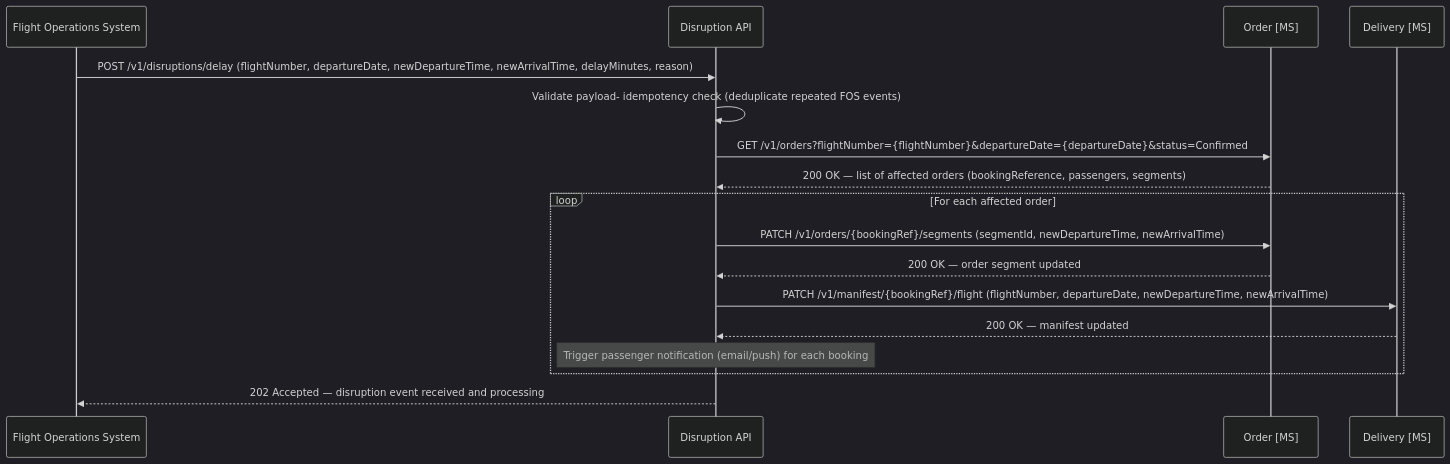
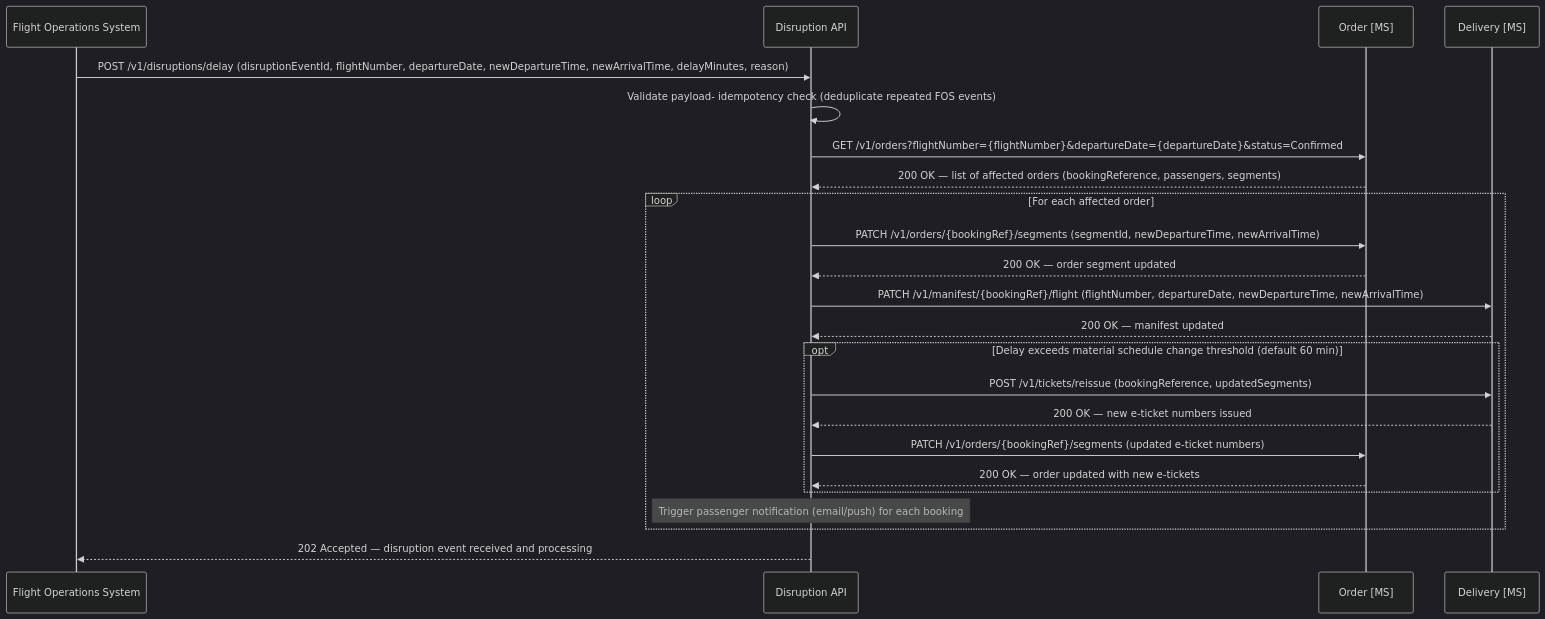
Diagram 12 of 27 in documentation/design.md (sebharvey/airline-reservation-system), drawn with Mermaid (dark theme) before and after one commit. The commit also changed other lines of this file, not shown here.

First line of the commit message:
Review and fix PSS architecture design document

````diff
--- a/documentation/design.md
+++ b/documentation/design.md
@@ -1774,25 +1786,32 @@
 ```mermaid
 sequenceDiagram
     participant FOS as Flight Operations System
     participant DisruptionAPI as Disruption API
     participant OrderMS as Order [MS]
     participant DeliveryMS as Delivery [MS]
 
-    FOS->>DisruptionAPI: POST /v1/disruptions/delay (flightNumber, departureDate, newDepartureTime, newArrivalTime, delayMinutes, reason)
+    FOS->>DisruptionAPI: POST /v1/disruptions/delay (disruptionEventId, flightNumber, departureDate, newDepartureTime, newArrivalTime, delayMinutes, reason)
     DisruptionAPI->>DisruptionAPI: Validate payload- idempotency check (deduplicate repeated FOS events)
 
     DisruptionAPI->>OrderMS: GET /v1/orders?flightNumber={flightNumber}&departureDate={departureDate}&status=Confirmed
     OrderMS-->>DisruptionAPI: 200 OK — list of affected orders (bookingReference, passengers, segments)
 
     loop For each affected order
         DisruptionAPI->>OrderMS: PATCH /v1/orders/{bookingRef}/segments (segmentId, newDepartureTime, newArrivalTime)
         OrderMS-->>DisruptionAPI: 200 OK — order segment updated
 
         DisruptionAPI->>DeliveryMS: PATCH /v1/manifest/{bookingRef}/flight (flightNumber, departureDate, newDepartureTime, newArrivalTime)
         DeliveryMS-->>DisruptionAPI: 200 OK — manifest updated
 
+        opt Delay exceeds material schedule change threshold (default 60 min)
+            DisruptionAPI->>DeliveryMS: POST /v1/tickets/reissue (bookingReference, updatedSegments)
+            DeliveryMS-->>DisruptionAPI: 200 OK — new e-ticket numbers issued
+            DisruptionAPI->>OrderMS: PATCH /v1/orders/{bookingRef}/segments (updated e-ticket numbers)
+            OrderMS-->>DisruptionAPI: 200 OK — order updated with new e-tickets
+        end
+
         Note over DisruptionAPI: Trigger passenger notification (email/push) for each booking
     end
 
     DisruptionAPI-->>FOS: 202 Accepted — disruption event received and processing
 ```
````
